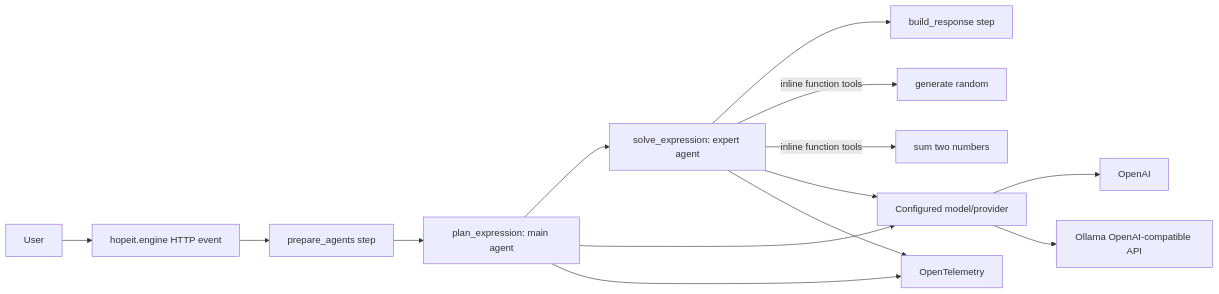
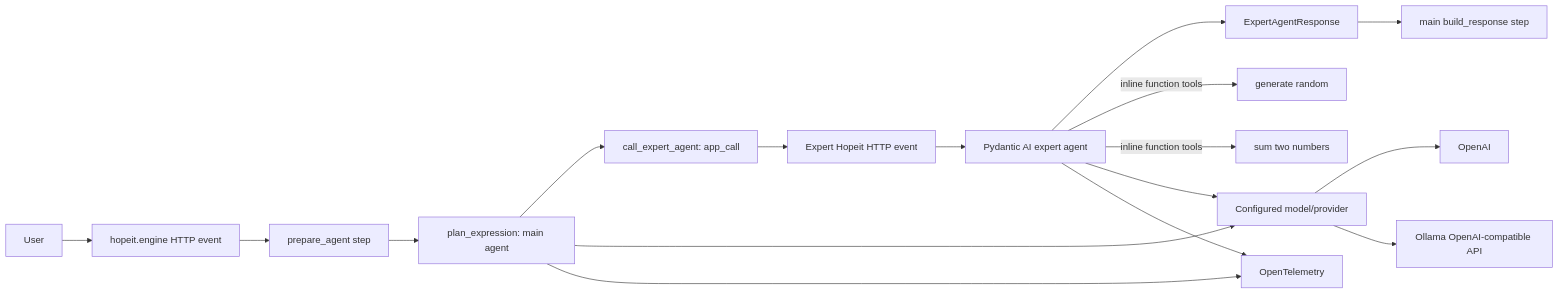
Before and after one commit to hopeit-git/hopeit.agents: the second of 2 diagrams in docs/PYDANTIC_AI_REPO_MIGRATION_PLAN.md, drawn with Mermaid. The commit also changed other lines of this file and 7 other files, not shown here.

Commit message:
Refactored agent to agent call to use apps_client

````diff
--- a/docs/PYDANTIC_AI_REPO_MIGRATION_PLAN.md
+++ b/docs/PYDANTIC_AI_REPO_MIGRATION_PLAN.md
@@ -107,18 +107,21 @@
 ```mermaid
 flowchart LR
     U[User] --> H[hopeit.engine HTTP event]
-    H --> P[prepare_agents step]
+    H --> P[prepare_agent step]
     P --> M[plan_expression: main agent]
-    M --> E[solve_expression: expert agent]
-    E --> B[build_response step]
+    M --> A[call_expert_agent: app_call]
+    A --> EH[Expert Hopeit HTTP event]
+    EH --> E[Pydantic AI expert agent]
+    E --> ER[ExpertAgentResponse]
+    ER --> B[main build_response step]
     E -->|inline function tools| R[generate random]
     E -->|inline function tools| S[sum two numbers]
 
     M --> C[Configured model/provider]
     E --> C
     C --> OAI[OpenAI]
     C --> OLL[Ollama OpenAI-compatible API]
 
     M --> OT[OpenTelemetry]
     E --> OT
 ```
````
